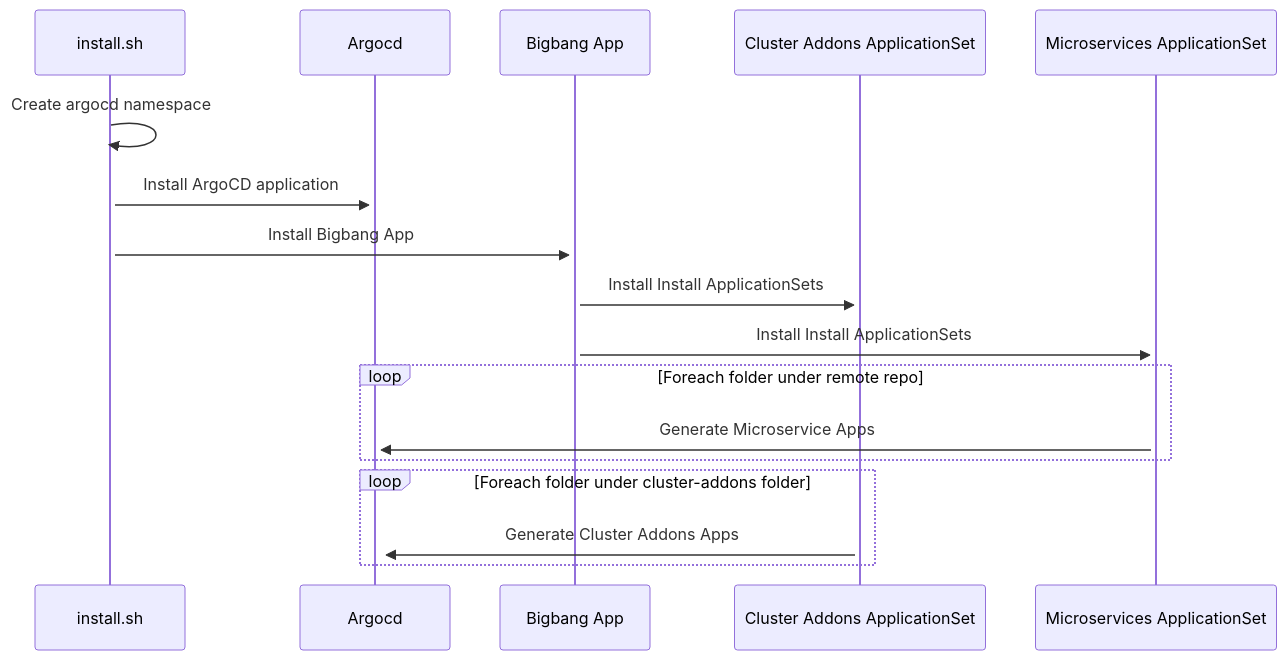
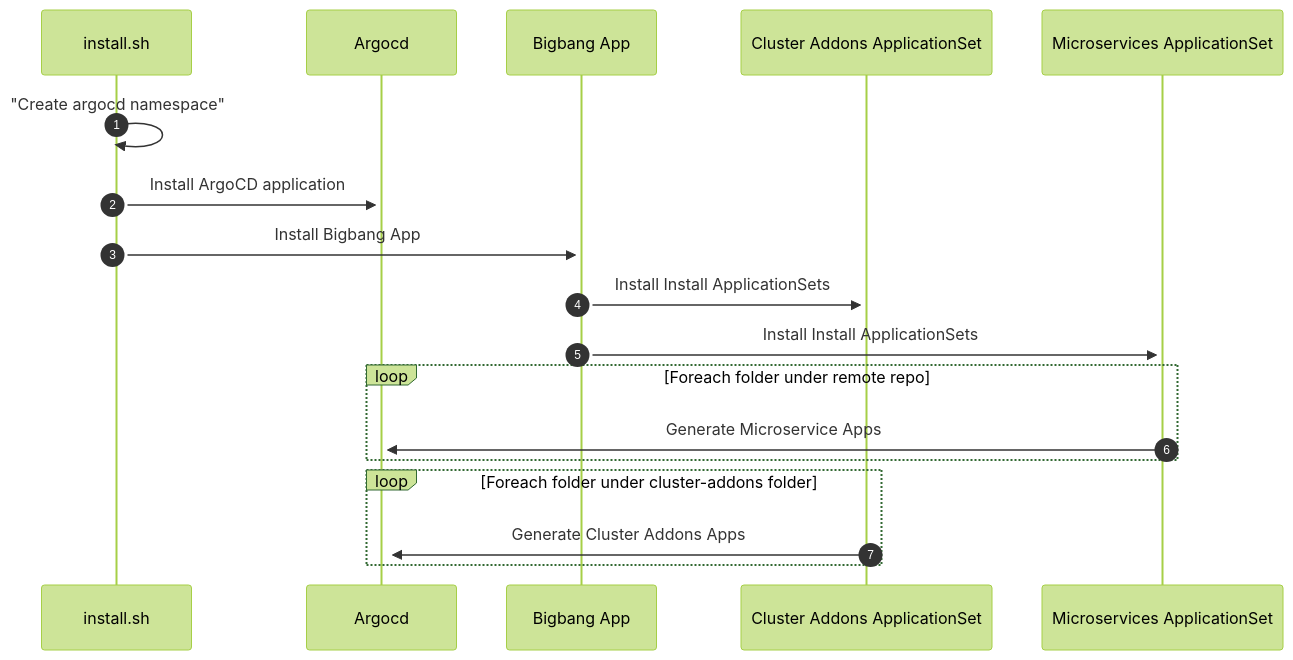
The second of 3 diagrams in README.md (argo-universe/argo-bigbang), drawn with Mermaid before and after one commit. The commit also changed other lines of this file, not shown here.

````diff
--- a/README.md
+++ b/README.md
@@ -37,14 +39,20 @@
 ```mermaid
+
 sequenceDiagram
-    install.sh->>+install.sh: Create argocd namespace
+
+    autonumber
+
+    install.sh->>+install.sh: "Create argocd namespace"
     install.sh->>+Argocd: Install ArgoCD application
     install.sh->>+Bigbang App: Install Bigbang App
     Bigbang App->>+Cluster Addons ApplicationSet: Install Install ApplicationSets
     Bigbang App->>+Microservices ApplicationSet: Install Install ApplicationSets
     loop Foreach folder under remote repo
     Microservices ApplicationSet->>+Argocd: Generate Microservice Apps
     end
-    loop Foreach folder under cluster-addons folder 
+    loop Foreach folder under cluster-addons folder
     Cluster Addons ApplicationSet->>+Argocd: Generate Cluster Addons Apps
     end
+
+    %%{init:{'theme':'forest'}}%%
 ```
````
